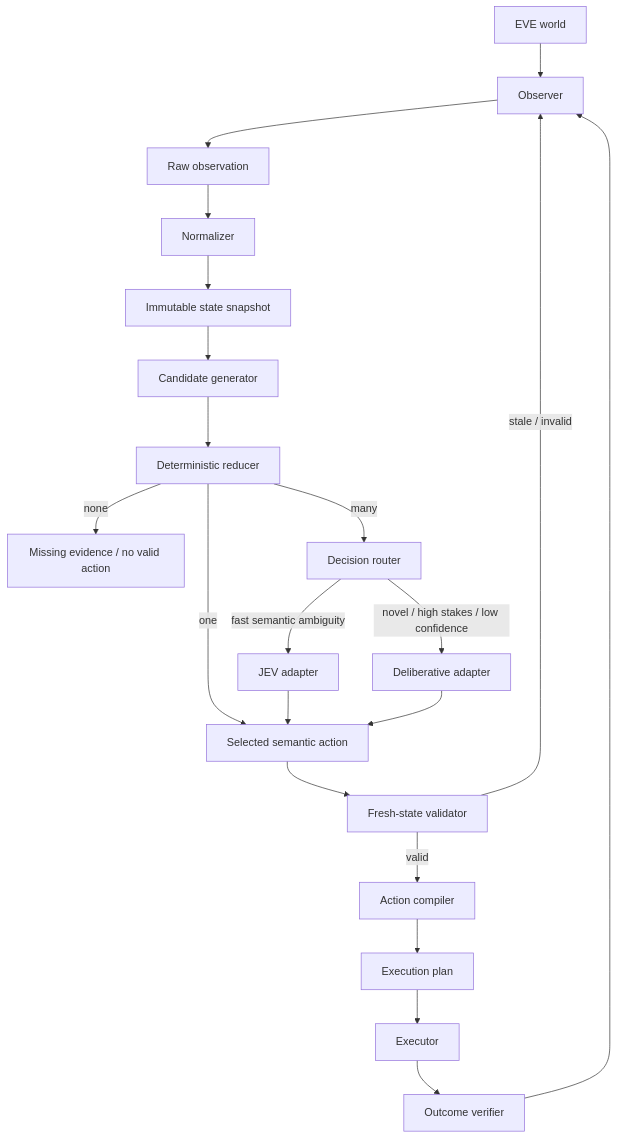
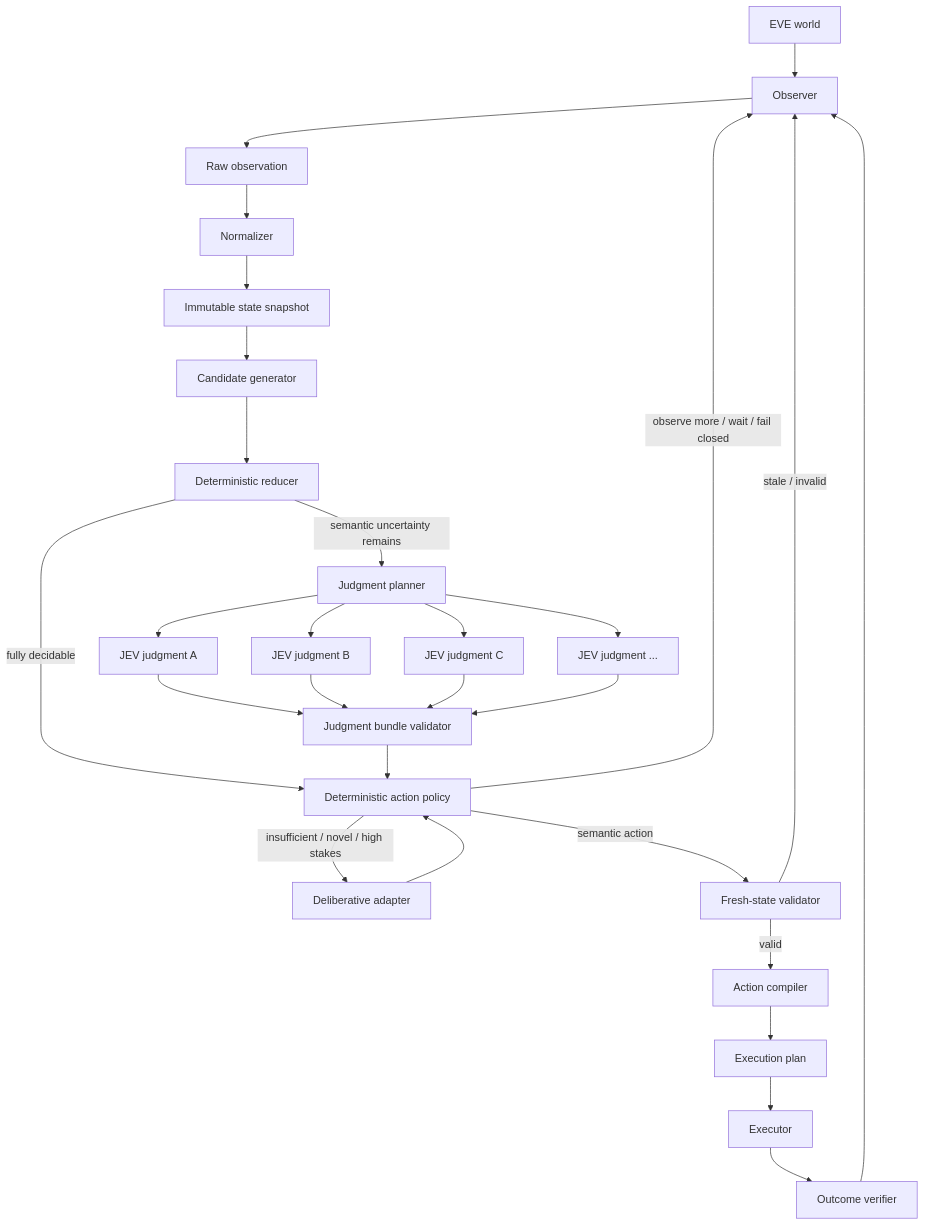
One commit to 4i7/JEVe changed the diagram in docs/ARCHITECTURE.md. Above: the diagram before and after it, drawn with Mermaid. The commit also changed other lines of this file and 6 other files, not shown here.

First line of the commit message:
Make JEV a probabilistic semantic evidence layer

````diff
--- a/docs/ARCHITECTURE.md
+++ b/docs/ARCHITECTURE.md
@@ -39,28 +42,37 @@
 ```mermaid
 flowchart TD
     W[EVE world] --> OBS[Observer]
     OBS --> RAW[Raw observation]
     RAW --> NOR[Normalizer]
     NOR --> SNAP[Immutable state snapshot]
 
     SNAP --> GEN[Candidate generator]
     GEN --> RED[Deterministic reducer]
 
-    RED -->|none| MISS[Missing evidence / no valid action]
-    RED -->|one| SEL[Selected semantic action]
-    RED -->|many| ROUTE[Decision router]
+    RED -->|fully decidable| POL[Deterministic action policy]
+    RED -->|semantic uncertainty remains| JPLAN[Judgment planner]
 
-    ROUTE -->|fast semantic ambiguity| JEV[JEV adapter]
-    ROUTE -->|novel / high stakes / low confidence| DELIB[Deliberative adapter]
+    JPLAN --> J1[JEV judgment A]
+    JPLAN --> J2[JEV judgment B]
+    JPLAN --> J3[JEV judgment C]
+    JPLAN --> JN[JEV judgment ...]
 
-    JEV --> SEL
-    DELIB --> SEL
+    J1 --> BUNDLE[Judgment bundle validator]
+    J2 --> BUNDLE
+    J3 --> BUNDLE
+    JN --> BUNDLE
 
-    SEL --> VAL[Fresh-state validator]
+    BUNDLE --> POL
+    POL -->|insufficient / novel / high stakes| DELIB[Deliberative adapter]
+    DELIB --> POL
+
+    POL -->|semantic action| VAL[Fresh-state validator]
+    POL -->|observe more / wait / fail closed| OBS
+
     VAL -->|stale / invalid| OBS
     VAL -->|valid| COMP[Action compiler]
     COMP --> PLAN[Execution plan]
     PLAN --> EXEC[Executor]
     EXEC --> VERIFY[Outcome verifier]
     VERIFY --> OBS
 ```
````
